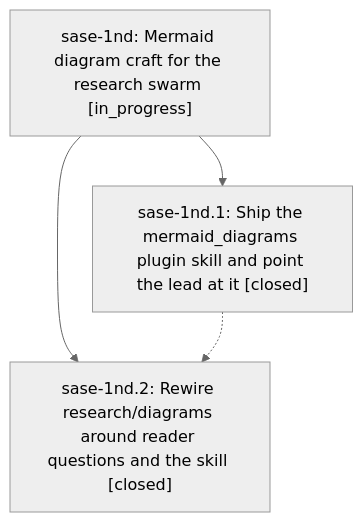
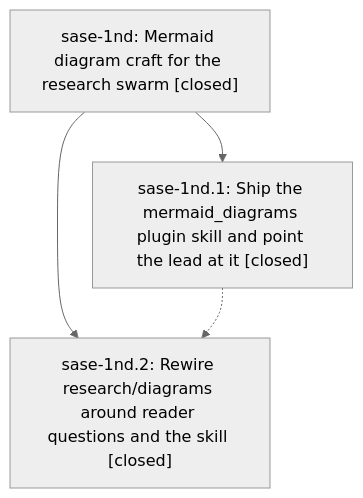
The diagram in pages/sase-1nd/README.md (sase-org/sase--beads), drawn with Mermaid (neutral theme) before and after one commit. The commit also changed other lines of this file and 1 other file, not shown here.

First line of the commit message:
chore(beads): sync bead state and pages for sase-1nd

````diff
--- a/pages/sase-1nd/README.md
+++ b/pages/sase-1nd/README.md
@@ -23,9 +45,9 @@
 ```mermaid
 flowchart TD
-    n0["sase-1nd: Mermaid diagram craft for the research swarm [in_progress]"]
+    n0["sase-1nd: Mermaid diagram craft for the research swarm [closed]"]
     n1["sase-1nd.1: Ship the mermaid_diagrams plugin skill and point the lead at it [closed]"]
     n2["sase-1nd.2: Rewire research/diagrams around reader questions and the skill [closed]"]
     n0 --> n1
     n0 --> n2
     n1 -.-> n2
 ```
````
